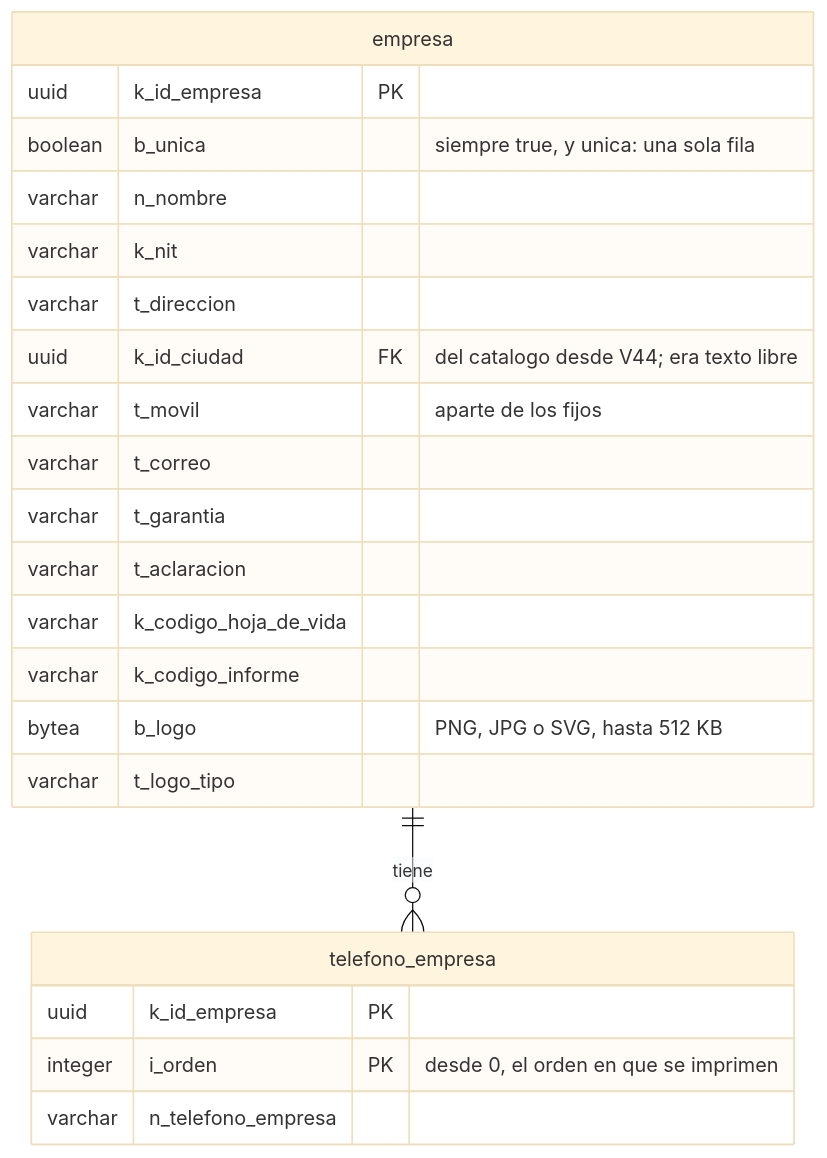
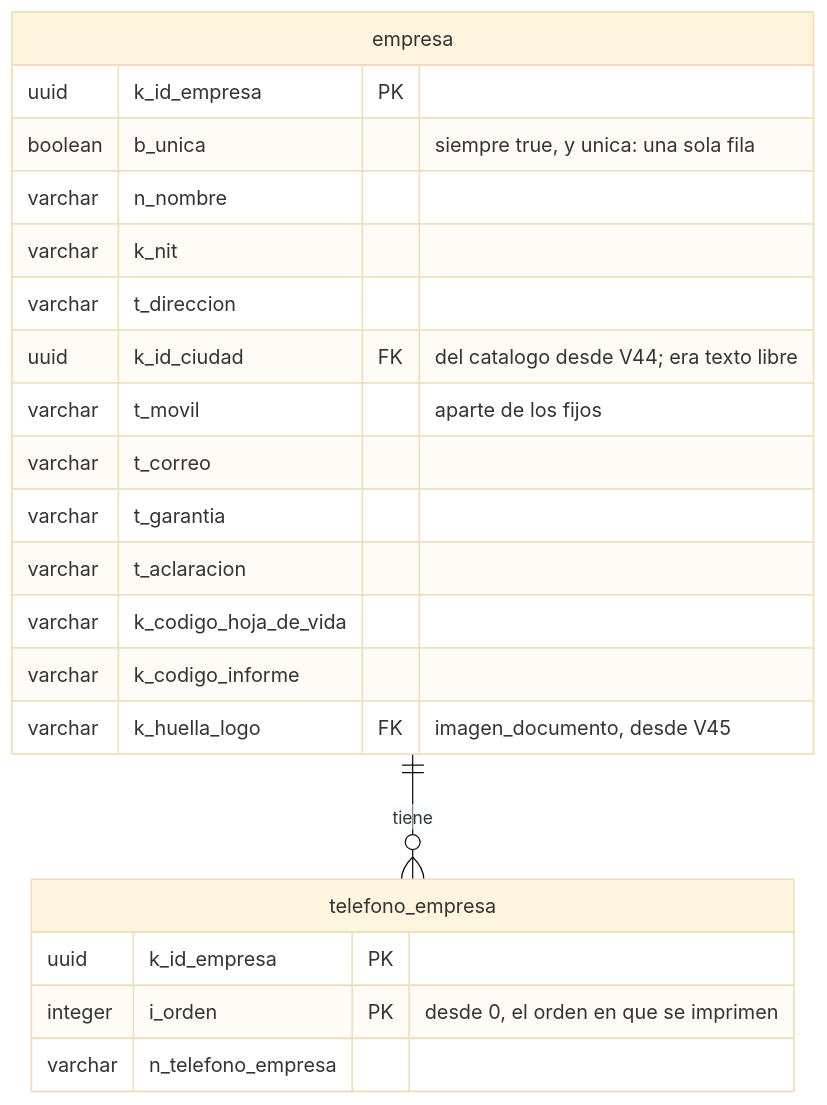
Before and after one commit to SeanBol222/MalphasOs: the second of 12 diagrams in SecondBrain/wiki/base-de-datos/esquema-bd-malphasos.md, drawn with Mermaid (base theme). The commit also changed other lines of this file and 6 other files, not shown here.

First line of the commit message:
docs: V45, and the signature and image tables the schema note never drew

````diff
--- a/SecondBrain/wiki/base-de-datos/esquema-bd-malphasos.md
+++ b/SecondBrain/wiki/base-de-datos/esquema-bd-malphasos.md
@@ -284,25 +294,24 @@
 ```mermaid
 erDiagram
     empresa ||--o{ telefono_empresa : "tiene"
     empresa {
         uuid k_id_empresa PK
         boolean b_unica "siempre true, y unica: una sola fila"
         varchar n_nombre
         varchar k_nit
         varchar t_direccion
         uuid k_id_ciudad FK "del catalogo desde V44; era texto libre"
         varchar t_movil "aparte de los fijos"
         varchar t_correo
         varchar t_garantia
         varchar t_aclaracion
         varchar k_codigo_hoja_de_vida
         varchar k_codigo_informe
-        bytea b_logo "PNG, JPG o SVG, hasta 512 KB"
-        varchar t_logo_tipo
+        varchar k_huella_logo FK "imagen_documento, desde V45"
     }
     telefono_empresa {
         uuid k_id_empresa PK
         integer i_orden PK "desde 0, el orden en que se imprimen"
         varchar n_telefono_empresa
     }
 ```
````
